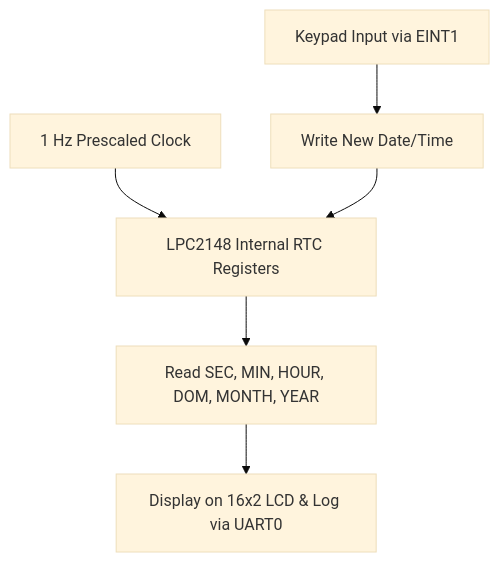
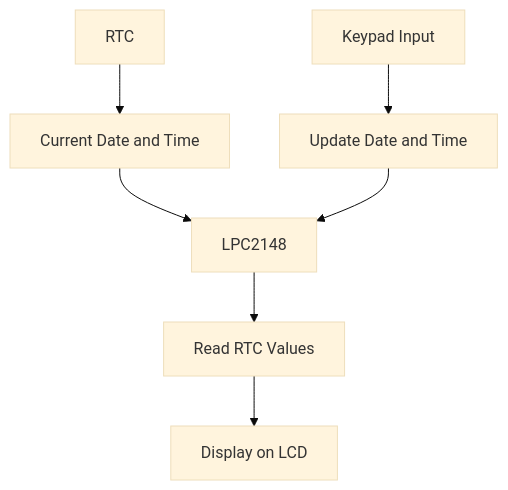
One commit to maghambhanu/LPC2148-Industrial-Environment-Monitor changed the sixth of 10 diagrams in README.md. Above: the diagram before and after it, drawn with Mermaid (base theme). The commit also changed other lines of this file, not shown here.

````diff
--- a/README.md
+++ b/README.md
@@ -242,8 +291,9 @@
 ```mermaid
 flowchart TD
-    A[1 Hz Prescaled Clock] --> B[LPC2148 Internal RTC Registers]
-    B --> C[Read SEC, MIN, HOUR, DOM, MONTH, YEAR]
-    C --> D[Display on 16x2 LCD & Log via UART0]
-    E[Keypad Input via EINT1] --> F[Write New Date/Time]
-    F --> B
+    A[RTC] --> B[Current Date and Time]
+    B --> C[LPC2148]
+    C --> D[Read RTC Values]
+    D --> E[Display on LCD]
+    F[Keypad Input] --> G[Update Date and Time]
+    G --> C
 ```
````
